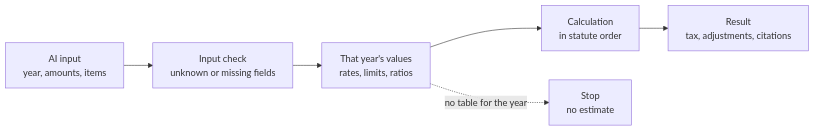
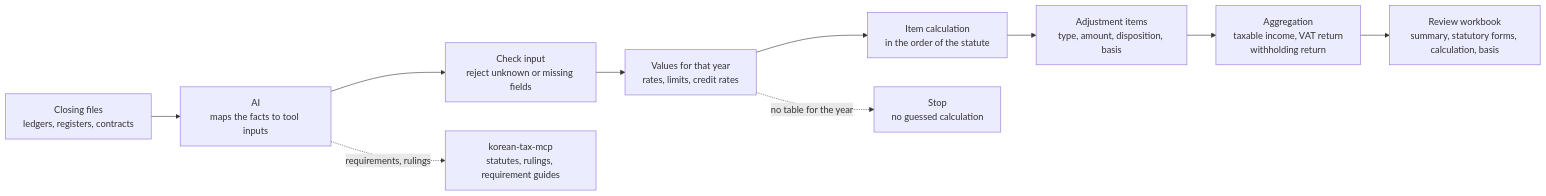
Before and after one commit to UpstageAI/korean-tax-calc-mcp: the first of 2 diagrams in README-EN.md, drawn with Mermaid. The commit also changed other lines of this file and 4 other files, not shown here.

````diff
--- a/README-EN.md
+++ b/README-EN.md
@@ -15,8 +15,12 @@
 ```mermaid
 flowchart LR
-  Q["AI input<br/>year, amounts, items"] --> V["Input check<br/>unknown or missing fields"]
-  V --> T["That year's values<br/>rates, limits, ratios"]
-  T --> E["Calculation<br/>in statute order"]
-  E --> R["Result<br/>tax, adjustments, citations"]
-  T -.->|no table for the year| X["Stop<br/>no estimate"]
+  D["Closing files<br/>ledgers, registers, contracts"] --> M["AI<br/>maps the facts to tool inputs"]
+  M --> V["Check input<br/>reject unknown or missing fields"]
+  V --> T["Values for that year<br/>rates, limits, credit rates"]
+  T --> E["Item calculation<br/>in the order of the statute"]
+  E --> A["Adjustment items<br/>type, amount, disposition, basis"]
+  A --> S["Aggregation<br/>taxable income, VAT return<br/>withholding return"]
+  S --> X["Review workbook<br/>summary, statutory forms, calculation, basis"]
+  T -.->|no table for the year| N["Stop<br/>no guessed calculation"]
+  M -.->|requirements, rulings| K["korean-tax-mcp<br/>statutes, rulings, requirement guides"]
 ```
````
